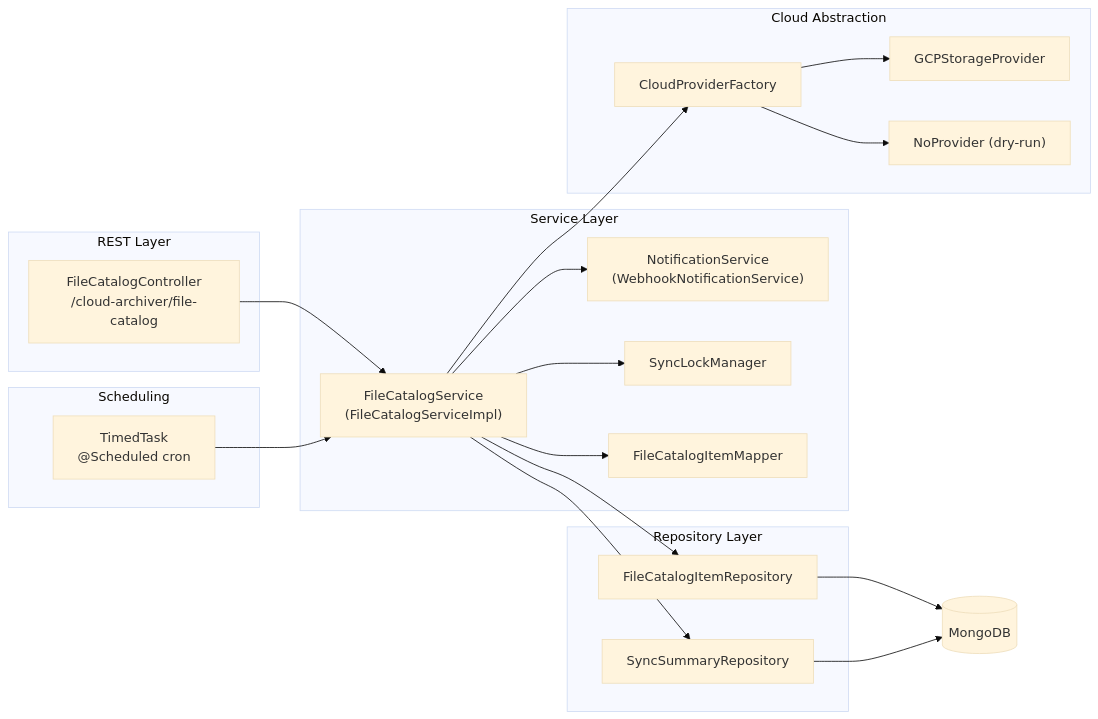
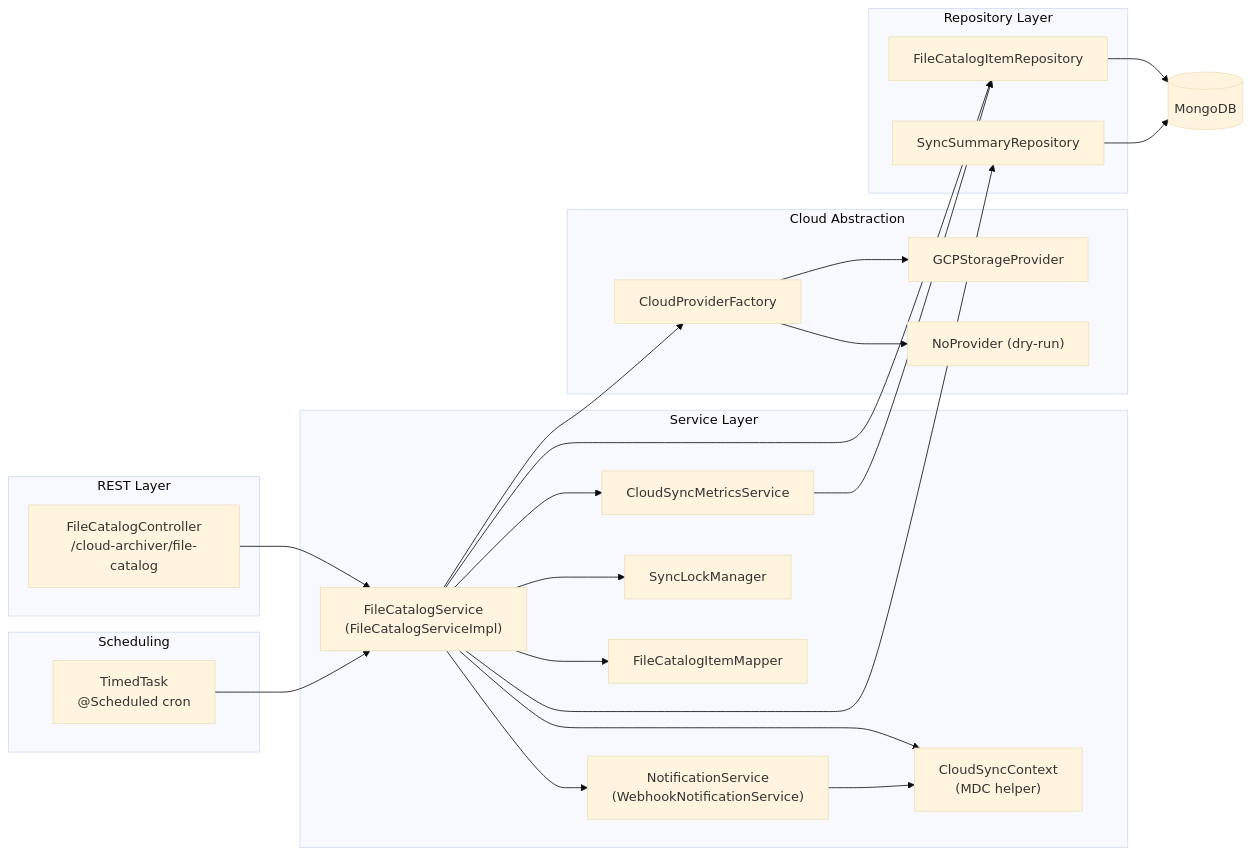
The second of 3 diagrams in docs/architecture.md (ringuerel/cloud-archiver), drawn with Mermaid (base theme) before and after one commit. The commit also changed other lines of this file and 20 other files, not shown here.

````diff
--- a/docs/architecture.md
+++ b/docs/architecture.md
@@ -41,41 +41,47 @@
 ```mermaid
 graph LR
     subgraph API["REST Layer"]
         CTRL["FileCatalogController\n/cloud-archiver/file-catalog"]
     end
 
     subgraph Scheduling["Scheduling"]
         TT["TimedTask\n@Scheduled cron"]
     end
 
     subgraph Service["Service Layer"]
         FCS["FileCatalogService\n(FileCatalogServiceImpl)"]
+        METRICS["CloudSyncMetricsService"]
+        CTX["CloudSyncContext\n(MDC helper)"]
         NS["NotificationService\n(WebhookNotificationService)"]
         SLM["SyncLockManager"]
         MAPPER["FileCatalogItemMapper"]
     end
 
     subgraph CloudAbstraction["Cloud Abstraction"]
         CPF["CloudProviderFactory"]
         GCP_P["GCPStorageProvider"]
         NO_P["NoProvider (dry-run)"]
     end
 
     subgraph Repository["Repository Layer"]
         REPO["FileCatalogItemRepository"]
         SREPO["SyncSummaryRepository"]
     end
 
     CTRL --> FCS
     TT --> FCS
     FCS --> SLM
     FCS --> MAPPER
     FCS --> CPF
     FCS --> REPO
     FCS --> SREPO
+    FCS --> METRICS
+    FCS --> CTX
     FCS --> NS
+    NS --> CTX
+    METRICS --> REPO
     CPF --> GCP_P
     CPF --> NO_P
     REPO --> MONGO[("MongoDB")]
     SREPO --> MONGO
 ```
````
